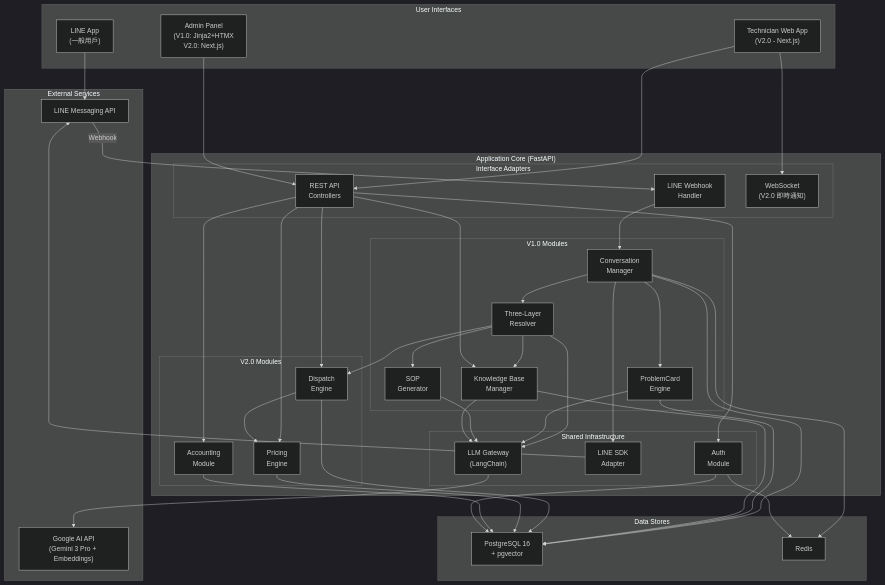
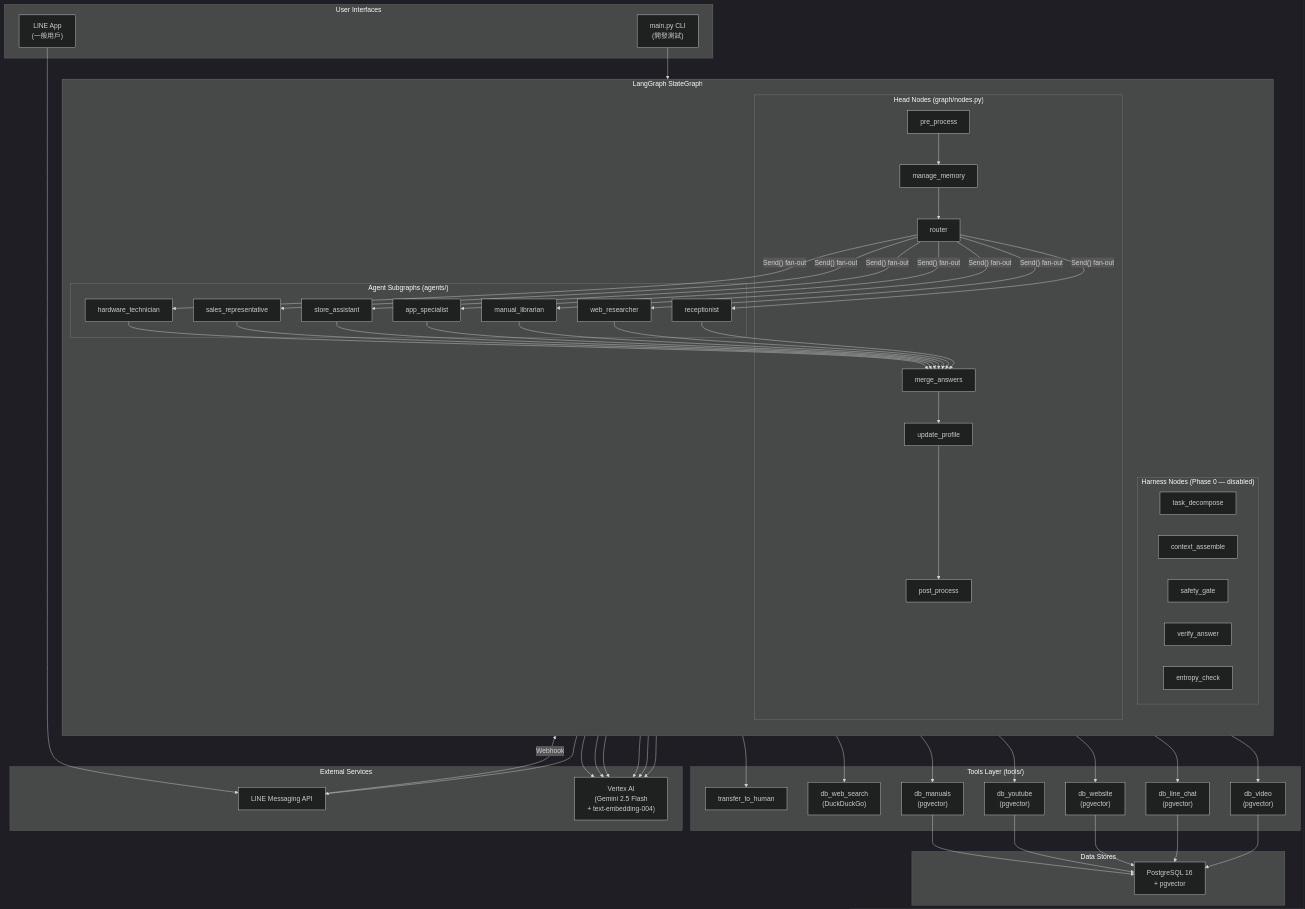
One commit to sunnyDataScience/Smart-Lock_AI_Support_Service_Dispatch_SaaS_Platform changed the fifth of 10 diagrams in docs/project-docs/05_architecture_and_design_document.md. Above: the diagram before and after it, drawn with Mermaid (dark theme). The commit also changed other lines of this file and 1 other file, not shown here.

First line of the commit message:
refactor(docs): unify architecture and structure docs with actual LangGraph + Harness implementation

````diff
--- a/docs/project-docs/05_architecture_and_design_document.md
+++ b/docs/project-docs/05_architecture_and_design_document.md
@@ -503,86 +467,77 @@
 graph TB
     subgraph "User Interfaces"
         LINE_APP["LINE App<br/>(一般用戶)"]
-        TECH_WEB["Technician Web App<br/>(V2.0 - Next.js)"]
-        ADMIN_WEB["Admin Panel<br/>(V1.0: Jinja2+HTMX<br/>V2.0: Next.js)"]
+        CLI["main.py CLI<br/>(開發測試)"]
     end
 
     subgraph "External Services"
-        LINE_MsgAPI["LINE Messaging API"]
-        Google_AI_API["Google AI API<br/>(Gemini 3 Pro + Embeddings)"]
+        LINE_API["LINE Messaging API"]
+        VERTEX["Vertex AI<br/>(Gemini 2.5 Flash<br/>+ text-embedding-004)"]
     end
 
-    subgraph "Application Core (FastAPI)"
+    subgraph "LangGraph StateGraph"
+        direction TB
 
-        subgraph "Interface Adapters"
-            WEBHOOK["LINE Webhook<br/>Handler"]
-            REST_API["REST API<br/>Controllers"]
-            WS["WebSocket<br/>(V2.0 即時通知)"]
+        subgraph "Head Nodes (graph/nodes.py)"
+            PP["pre_process"]
+            MM["manage_memory"]
+            RT["router"]
+            MA["merge_answers"]
+            UP["update_profile"]
+            PO["post_process"]
         end
 
-        subgraph "V1.0 Modules"
-            CONV["Conversation<br/>Manager"]
-            PCARD["ProblemCard<br/>Engine"]
-            RESOLVER["Three-Layer<br/>Resolver"]
-            KB["Knowledge Base<br/>Manager"]
-            SOP["SOP<br/>Generator"]
+        subgraph "Harness Nodes (Phase 0 — disabled)"
+            TD["task_decompose"]
+            CA["context_assemble"]
+            SG["safety_gate"]
+            VA["verify_answer"]
+            EC["entropy_check"]
         end
 
-        subgraph "V2.0 Modules"
-            DISPATCH["Dispatch<br/>Engine"]
-            PRICING["Pricing<br/>Engine"]
-            ACCOUNT["Accounting<br/>Module"]
-        end
-
-        subgraph "Shared Infrastructure"
-            LLM_GW["LLM Gateway<br/>(LangChain)"]
-            LINE_SDK["LINE SDK<br/>Adapter"]
-            AUTH["Auth<br/>Module"]
+        subgraph "Agent Subgraphs (agents/)"
+            HW["hardware_technician"]
+            SR["sales_representative"]
+            SA["store_assistant"]
+            AS["app_specialist"]
+            ML["manual_librarian"]
+            WR["web_researcher"]
+            RC["receptionist"]
         end
     end
 
-    subgraph "Data Stores"
-        PG_DB["PostgreSQL 16<br/>+ pgvector"]
-        REDIS_DB["Redis"]
+    subgraph "Tools Layer (tools/)"
+        DB_V["db_video<br/>(pgvector)"]
+        DB_L["db_line_chat<br/>(pgvector)"]
+        DB_W["db_website<br/>(pgvector)"]
+        DB_Y["db_youtube<br/>(pgvector)"]
+        DB_M["db_manuals<br/>(pgvector)"]
+        DB_WS["db_web_search<br/>(DuckDuckGo)"]
+        TH["transfer_to_human"]
     end
 
-    LINE_APP --> LINE_MsgAPI
-    LINE_MsgAPI -- "Webhook" --> WEBHOOK
-    LINE_SDK --> LINE_MsgAPI
+    subgraph "Data Stores"
+        PG["PostgreSQL 16<br/>+ pgvector"]
+    end
 
-    TECH_WEB --> REST_API
-    TECH_WEB --> WS
-    ADMIN_WEB --> REST_API
+    LINE_APP --> LINE_API
+    LINE_API -- "Webhook" --> PP
+    CLI --> PP
 
-    WEBHOOK --> CONV
-    CONV --> PCARD
-    CONV --> RESOLVER
-    RESOLVER --> KB
-    RESOLVER --> SOP
-    RESOLVER --> DISPATCH
-    CONV --> LINE_SDK
+    PP --> MM --> RT
+    RT -- "Send() fan-out" --> HW & SR & SA & AS & ML & WR & RC
+    HW & SR & SA & AS & ML & WR & RC --> MA
+    MA --> UP --> PO
 
-    RESOLVER --> LLM_GW
-    PCARD --> LLM_GW
-    SOP --> LLM_GW
-    KB --> LLM_GW
-    LLM_GW --> Google_AI_API
+    HW --> DB_V
+    SR --> DB_L
+    SA --> DB_W
+    AS --> DB_Y
+    ML --> DB_M
+    WR --> DB_WS
+    RC --> TH
 
-    REST_API --> KB
-    REST_API --> DISPATCH
-    REST_API --> PRICING
-    REST_API --> ACCOUNT
-    REST_API --> AUTH
-
-    DISPATCH --> PRICING
-
-    CONV --> PG_DB
-    CONV --> REDIS_DB
-    PCARD --> PG_DB
-    KB --> PG_DB
-    DISPATCH --> PG_DB
-    PRICING --> PG_DB
-    ACCOUNT --> PG_DB
-    AUTH --> PG_DB
-    AUTH --> REDIS_DB
+    DB_V & DB_L & DB_W & DB_Y & DB_M --> PG
+    HW & SR & SA & AS & ML & WR --> VERTEX
+    PO --> LINE_API
 ```
````
